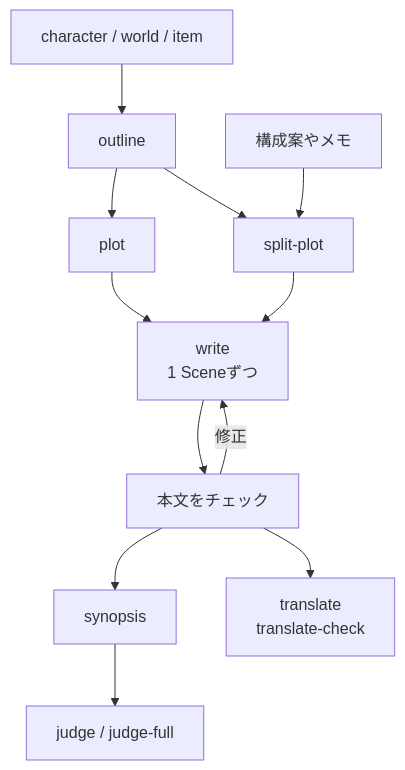
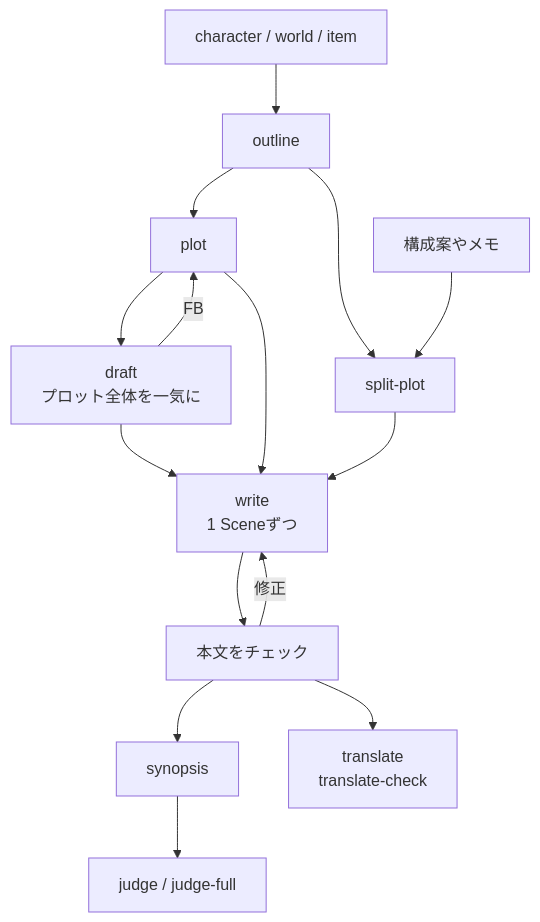
The diagram in domains/story/README.ja.md (omni-stove/skill-kit), drawn with Mermaid before and after one commit. The commit also changed other lines of this file and 18 other files, not shown here.

````diff
--- a/domains/story/README.ja.md
+++ b/domains/story/README.ja.md
@@ -8,14 +8,17 @@
 ```mermaid
 flowchart TD
   settings[character / world / item] --> outline[outline]
   outline --> plot[plot]
   outline --> split
   memo[構成案やメモ] --> split[split-plot]
+  plot --> draft[draft<br/>プロット全体を一気に]
+  draft -- "FB" --> plot
+  draft --> write
   plot --> write
   split --> write[write<br/>1 Sceneずつ]
   write --> checks[本文をチェック]
   checks -- "修正" --> write
   checks --> synopsis[synopsis]
   synopsis --> judge[judge / judge-full]
   checks --> translate[translate<br/>translate-check]
 ```
````
